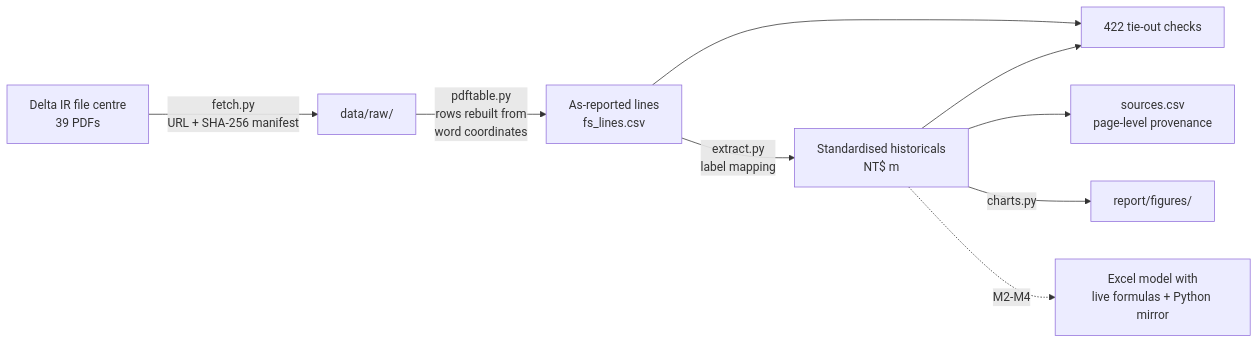
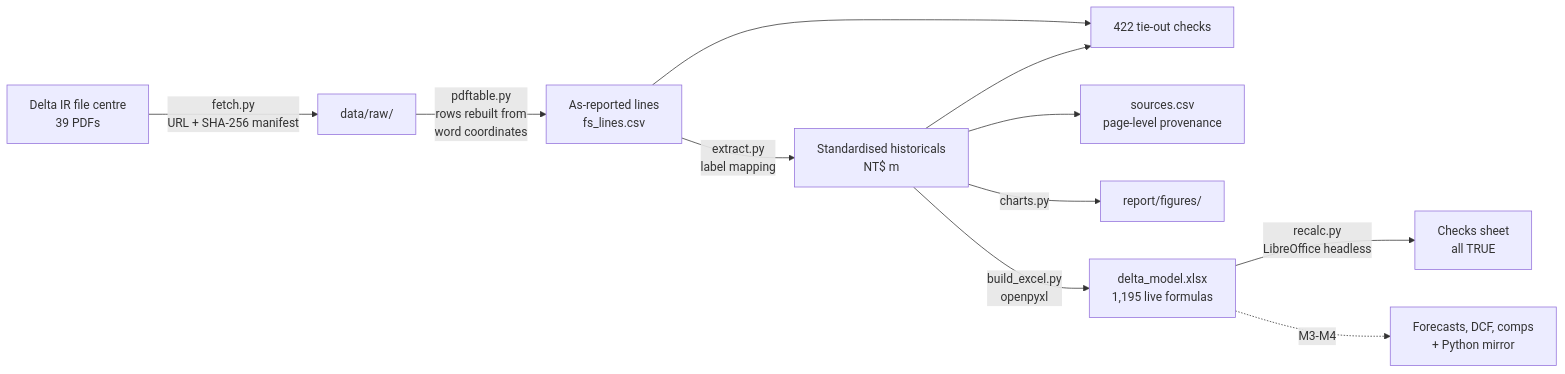
The diagram in README.md (Anou-shka/delta-volts), drawn with Mermaid before and after one commit. The commit also changed other lines of this file and 14 other files, not shown here.

First line of the commit message:
M2: historical Excel model with live formulas and integrity checks

````diff
--- a/README.md
+++ b/README.md
@@ -72,11 +92,13 @@
 ```mermaid
 flowchart LR
     A[Delta IR file centre<br/>39 PDFs] -->|fetch.py<br/>URL + SHA-256 manifest| B[data/raw/]
     B -->|pdftable.py<br/>rows rebuilt from<br/>word coordinates| C[As-reported lines<br/>fs_lines.csv]
     C -->|extract.py<br/>label mapping| D[Standardised historicals<br/>NT$ m]
     C --> E[422 tie-out checks]
     D --> E
     D --> F[sources.csv<br/>page-level provenance]
     D -->|charts.py| G[report/figures/]
-    D -.->|M2-M4| H[Excel model with<br/>live formulas + Python mirror]
+    D -->|build_excel.py<br/>openpyxl| H[delta_model.xlsx<br/>1,195 live formulas]
+    H -->|recalc.py<br/>LibreOffice headless| I[Checks sheet<br/>all TRUE]
+    H -.->|M3-M4| J[Forecasts, DCF, comps<br/>+ Python mirror]
 ```
````
